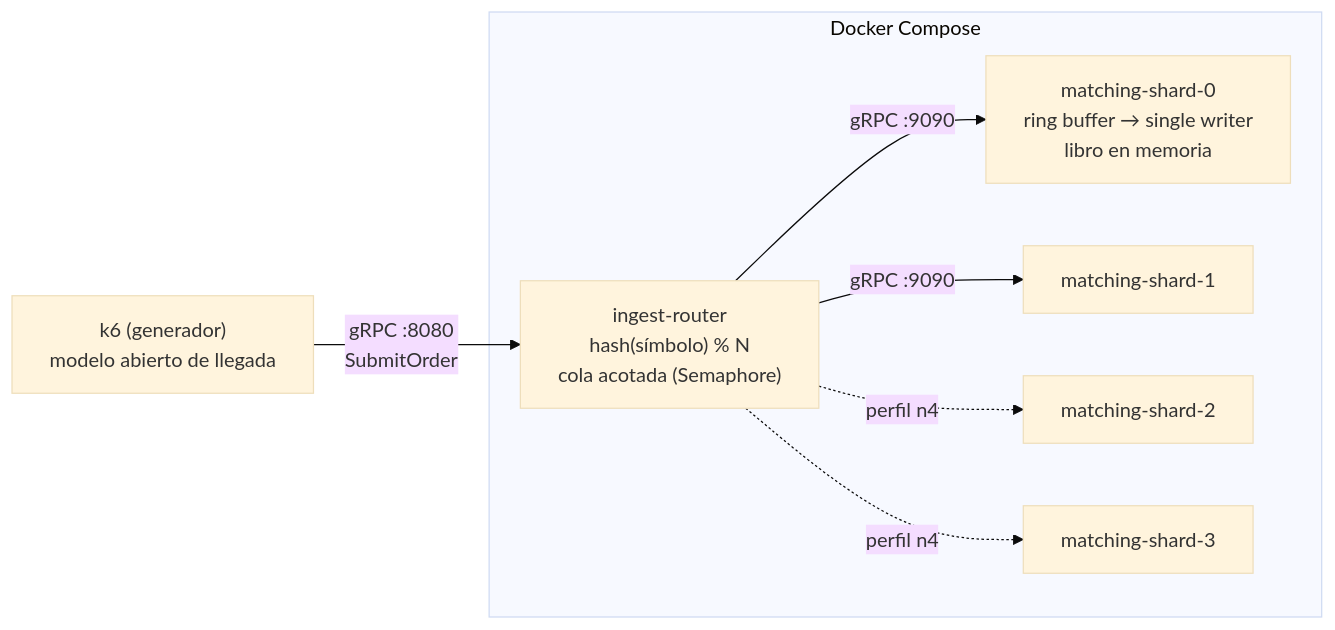
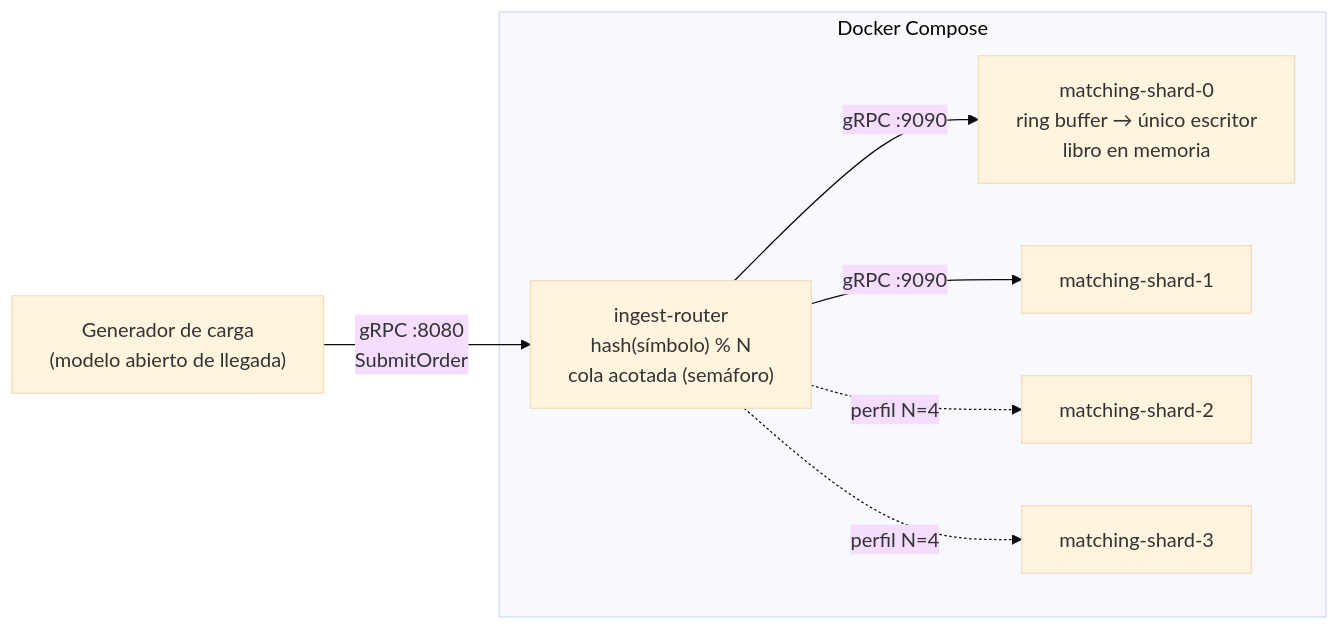
Before and after one commit to MATI-MBIT/arqsoft-reto-1: the diagram in docs/implementacion.md, drawn with Mermaid (base theme). The commit also changed other lines of this file and 10 other files, not shown here.

````diff
--- a/docs/implementacion.md
+++ b/docs/implementacion.md
@@ -14,11 +14,11 @@
 ```mermaid
 flowchart LR
-    K6["k6 (generador)\nmodelo abierto de llegada"] -- "gRPC :8080\nSubmitOrder" --> R
+    K6["Generador de carga\n(modelo abierto de llegada)"] -- "gRPC :8080\nSubmitOrder" --> R
     subgraph Docker Compose
-      R["ingest-router\nhash(símbolo) % N\ncola acotada (Semaphore)"]
-      R -- "gRPC :9090" --> S0["matching-shard-0\nring buffer → single writer\nlibro en memoria"]
+      R["ingest-router\nhash(símbolo) % N\ncola acotada (semáforo)"]
+      R -- "gRPC :9090" --> S0["matching-shard-0\nring buffer → único escritor\nlibro en memoria"]
       R -- "gRPC :9090" --> S1["matching-shard-1"]
-      R -. "perfil n4" .-> S2["matching-shard-2"]
-      R -. "perfil n4" .-> S3["matching-shard-3"]
+      R -. "perfil N=4" .-> S2["matching-shard-2"]
+      R -. "perfil N=4" .-> S3["matching-shard-3"]
     end
 ```
````
